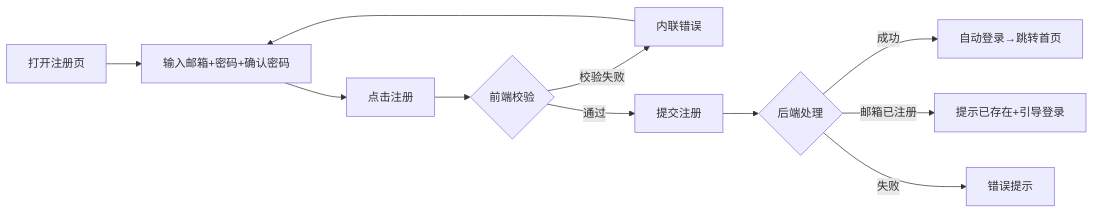
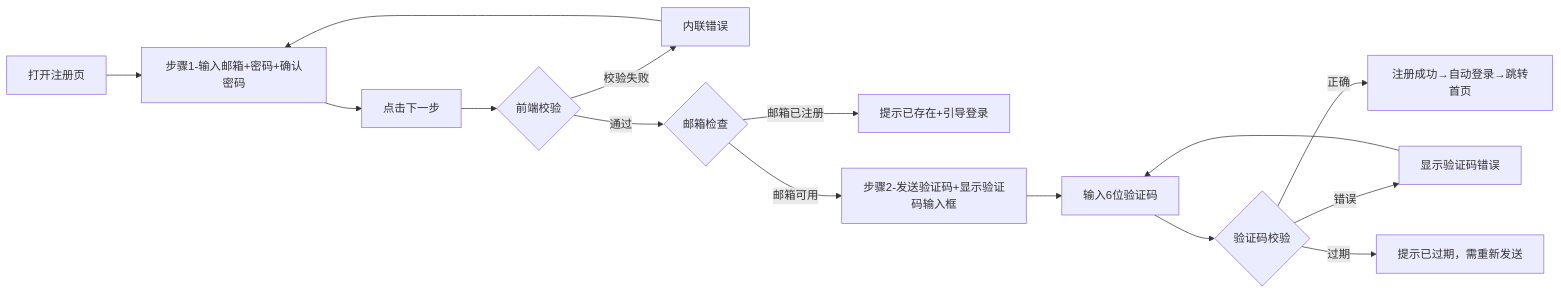
Before and after one commit to foryou2026/chinese: the second of 6 diagrams in docs/C02-ia-interaction/app/auth/account-entry/02-flows.md, drawn with Mermaid. The commit also changed other lines of this file and 27 other files, not shown here.

````diff
--- a/docs/C02-ia-interaction/app/auth/account-entry/02-flows.md
+++ b/docs/C02-ia-interaction/app/auth/account-entry/02-flows.md
@@ -29,13 +29,17 @@
 ```mermaid
 flowchart LR
-  A2[打开注册页] --> B2[输入邮箱+密码+确认密码]
-  B2 --> C2[点击注册]
+  A2[打开注册页] --> B2[步骤1-输入邮箱+密码+确认密码]
+  B2 --> C2[点击下一步]
   C2 --> D2{前端校验}
   D2 -->|校验失败| E2[内联错误]
   E2 --> B2
-  D2 -->|通过| F2[提交注册]
-  F2 --> G2{后端处理}
-  G2 -->|成功| H2[自动登录→跳转首页]
-  G2 -->|邮箱已注册| I2[提示已存在+引导登录]
-  G2 -->|失败| J2[错误提示]
+  D2 -->|通过| F2{邮箱检查}
+  F2 -->|邮箱已注册| G2[提示已存在+引导登录]
+  F2 -->|邮箱可用| H2[步骤2-发送验证码+显示验证码输入框]
+  H2 --> I2[输入6位验证码]
+  I2 --> J2{验证码校验}
+  J2 -->|正确| K2[注册成功→自动登录→跳转首页]
+  J2 -->|错误| L2[显示验证码错误]
+  L2 --> I2
+  J2 -->|过期| M2[提示已过期，需重新发送]
 ```
````
